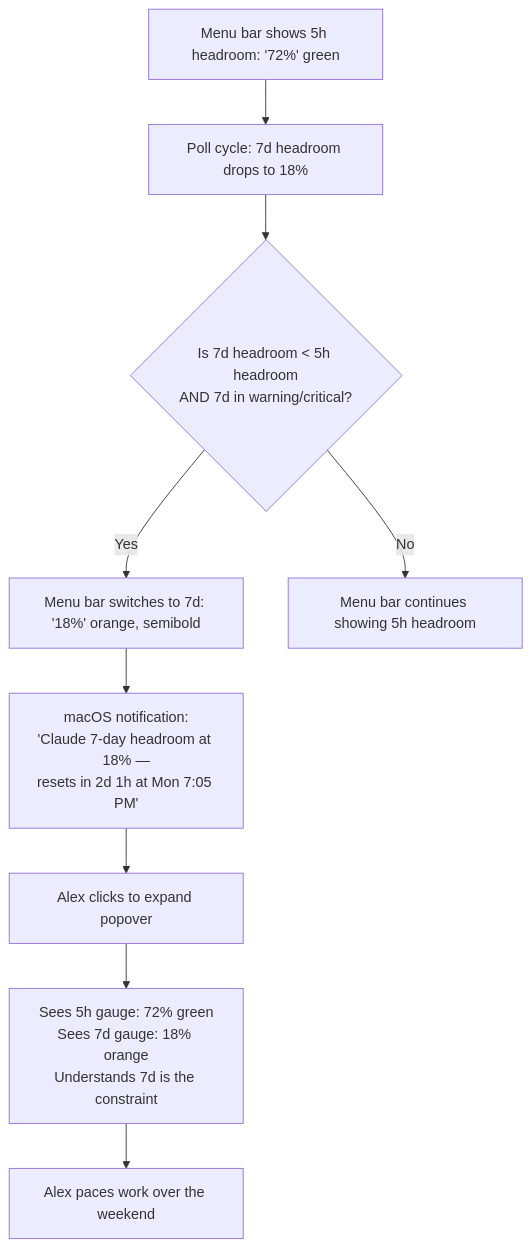
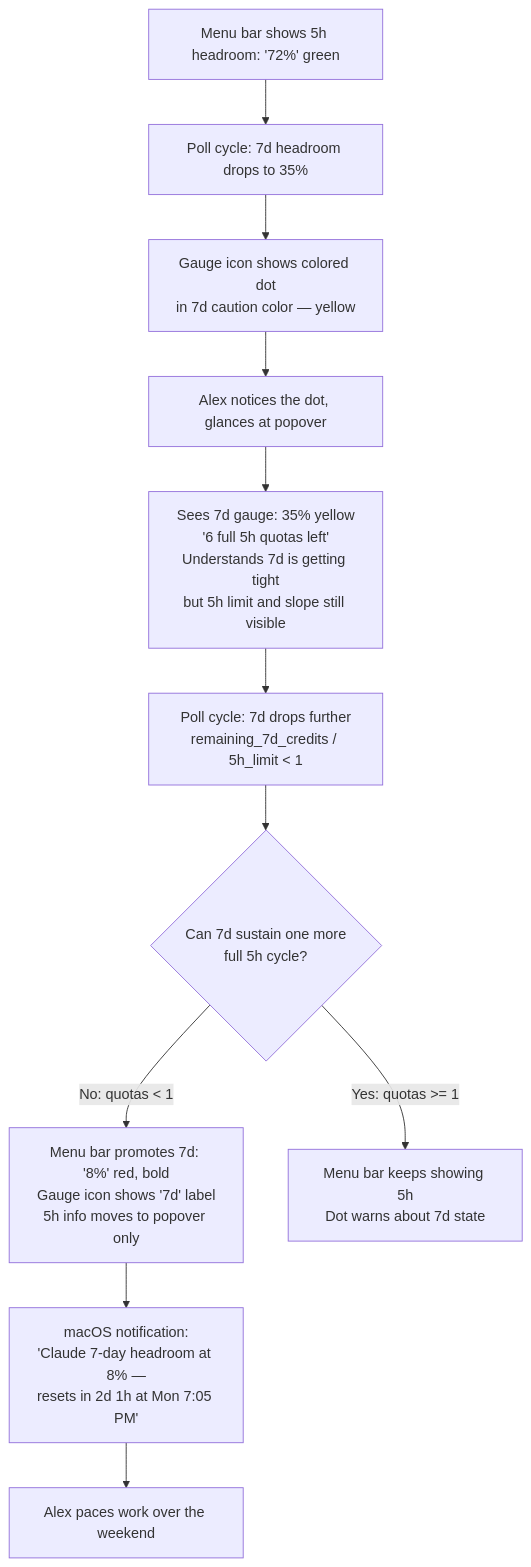
The fourth of 5 diagrams in _bmad-output/planning-artifacts/ux-design-specification.md (rajish/cc-hdrm), drawn with Mermaid before and after one commit. The commit also changed other lines of this file and 22 other files, not shown here.

First line of the commit message:
feat: credit-math 7d promotion, gauge overlay, slope normalization, popover quotas (Story 3.3) [patch]

````diff
--- a/_bmad-output/planning-artifacts/ux-design-specification.md
+++ b/_bmad-output/planning-artifacts/ux-design-specification.md
@@ -586,11 +589,13 @@
 ```mermaid
 flowchart TD
-    A["Menu bar shows 5h headroom: '72%' green"] --> B[Poll cycle: 7d headroom drops to 18%]
-    B --> C{Is 7d headroom < 5h headroom\nAND 7d in warning/critical?}
-    C -->|Yes| D["Menu bar switches to 7d: '18%' orange, semibold"]
-    D --> E[macOS notification:\n'Claude 7-day headroom at 18% —\nresets in 2d 1h at Mon 7:05 PM']
-    E --> F[Alex clicks to expand popover]
-    F --> G[Sees 5h gauge: 72% green\nSees 7d gauge: 18% orange\nUnderstands 7d is the constraint]
-    G --> H[Alex paces work over the weekend]
-    C -->|No| I[Menu bar continues showing 5h headroom]
+    A["Menu bar shows 5h headroom: '72%' green"] --> B[Poll cycle: 7d headroom drops to 35%]
+    B --> C[Gauge icon shows colored dot\nin 7d caution color — yellow]
+    C --> D[Alex notices the dot, glances at popover]
+    D --> E["Sees 7d gauge: 35% yellow\n'6 full 5h quotas left'\nUnderstands 7d is getting tight\nbut 5h limit and slope still visible"]
+    E --> F[Poll cycle: 7d drops further\nremaining_7d_credits / 5h_limit < 1]
+    F --> G{Can 7d sustain one more\nfull 5h cycle?}
+    G -->|No: quotas < 1| H["Menu bar promotes 7d: '8%' red, bold\nGauge icon shows '7d' label\n5h info moves to popover only"]
+    H --> I[macOS notification:\n'Claude 7-day headroom at 8% —\nresets in 2d 1h at Mon 7:05 PM']
+    I --> J[Alex paces work over the weekend]
+    G -->|Yes: quotas >= 1| K["Menu bar keeps showing 5h\nDot warns about 7d state"]
 ```
````
